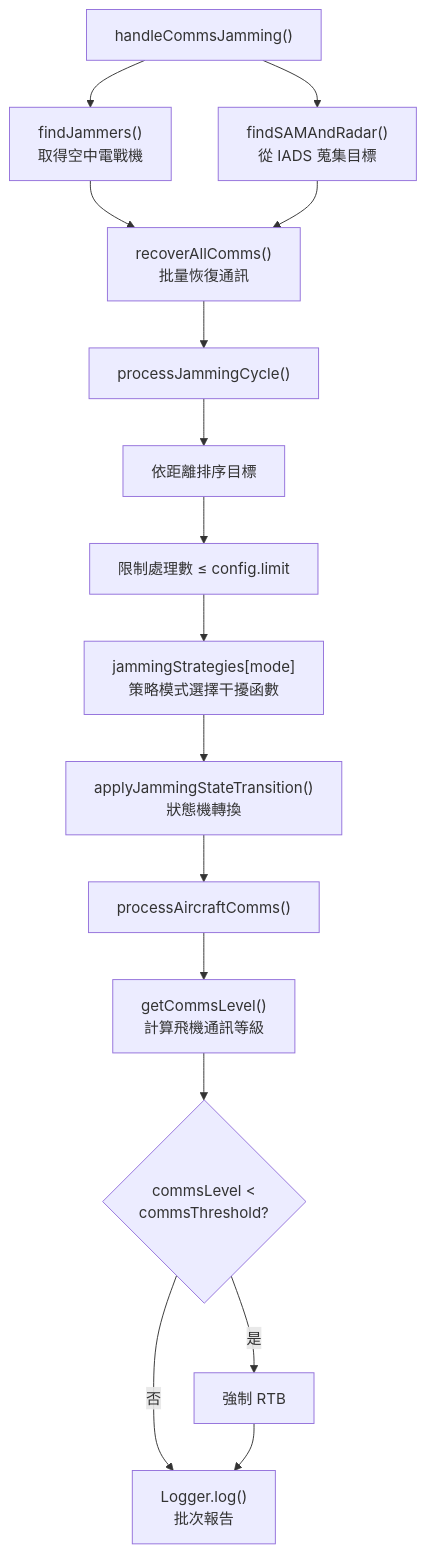
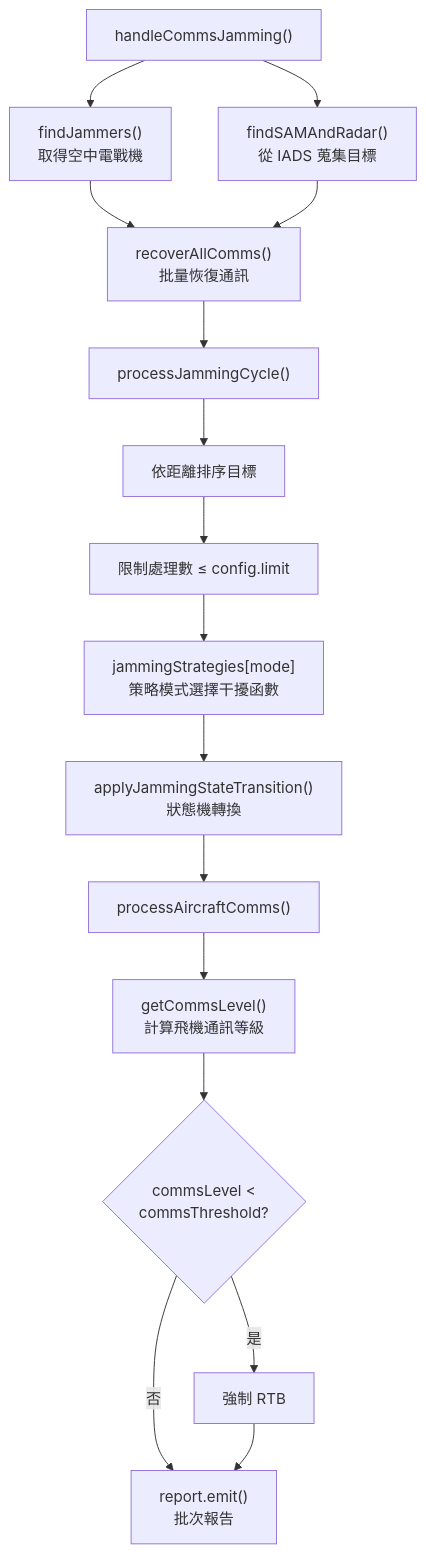
Before and after one commit to pullupjumper/formosa-in-flames: the second of 2 diagrams in docs/ew/commsJamming.md, drawn with Mermaid. The commit also changed 58 other files, not shown here.

````diff
--- a/docs/ew/commsJamming.md
+++ b/docs/ew/commsJamming.md
@@ -83,33 +83,33 @@
 ```mermaid
 flowchart TD
     START["handleCommsJamming()"]
     FIND_J["findJammers()<br>取得空中電戰機"]
     FIND_T["findSAMAndRadar()<br>從 IADS 蒐集目標"]
     RECOVER["recoverAllComms()<br>批量恢復通訊"]
     CYCLE["processJammingCycle()"]
     SORT["依距離排序目標"]
     LIMIT["限制處理數 ≤ config.limit"]
     STRATEGY["jammingStrategies[mode]<br>策略模式選擇干擾函數"]
     STATE["applyJammingStateTransition()<br>狀態機轉換"]
     AIRCRAFT["processAircraftComms()"]
     LEVEL["getCommsLevel()<br>計算飛機通訊等級"]
     RTB{"commsLevel <<br>commsThreshold?"}
     FORCE_RTB["強制 RTB"]
-    LOG["Logger.log()<br>批次報告"]
+    LOG["report.emit()<br>批次報告"]
 
     START --> FIND_J
     START --> FIND_T
     FIND_J --> RECOVER
     FIND_T --> RECOVER
     RECOVER --> CYCLE
     CYCLE --> SORT
     SORT --> LIMIT
     LIMIT --> STRATEGY
     STRATEGY --> STATE
     STATE --> AIRCRAFT
     AIRCRAFT --> LEVEL
     LEVEL --> RTB
     RTB -->|是| FORCE_RTB
     RTB -->|否| LOG
     FORCE_RTB --> LOG
 ```
````
